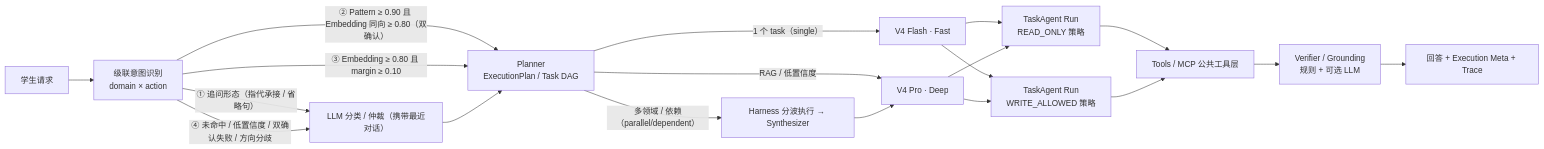
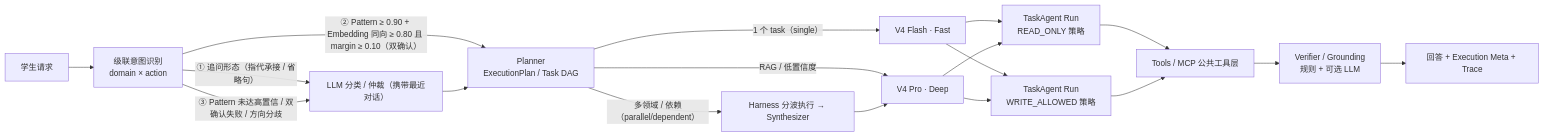
One commit to iam-epiphany/XDU-EchoGuide changed the first of 2 diagrams in README.md. Above: the diagram before and after it, drawn with Mermaid. The commit also changed other lines of this file and 42 other files, not shown here.

````diff
--- a/README.md
+++ b/README.md
@@ -47,21 +47,20 @@
 ```mermaid
 flowchart LR
     U["学生请求"] --> G["级联意图识别<br/>domain × action"]
     G -->|"① 追问形态（指代承接 / 省略句）"| L["LLM 分类 / 仲裁（携带最近对话）"]
-    G -->|"② Pattern ≥ 0.90 且 Embedding 同向 ≥ 0.80（双确认）"| P["Planner<br/>ExecutionPlan / Task DAG"]
-    G -->|"③ Embedding ≥ 0.80 且 margin ≥ 0.10"| P
-    G -->|"④ 未命中 / 低置信度 / 双确认失败 / 方向分歧"| L
+    G -->|"② Pattern ≥ 0.90 + Embedding 同向 ≥ 0.80 且 margin ≥ 0.10（双确认）"| P["Planner<br/>ExecutionPlan / Task DAG"]
+    G -->|"③ Pattern 未达高置信 / 双确认失败 / 方向分歧"| L
     L --> P
     P -->|"1 个 task（single）"| F["V4 Flash · Fast"]
     P -->|"RAG / 低置信度"| D["V4 Pro · Deep"]
     P -->|"多领域 / 依赖（parallel/dependent）"| X["Harness 分波执行 → Synthesizer"]
     X --> D
     F --> Q["TaskAgent Run<br/>READ_ONLY 策略"]
     D --> Q
     F --> E["TaskAgent Run<br/>WRITE_ALLOWED 策略"]
     D --> E
     Q --> T["Tools / MCP 公共工具层"]
     E --> T
     T --> V["Verifier / Grounding<br/>规则 + 可选 LLM"]
     V --> R["回答 + Execution Meta + Trace"]
 ```
````
